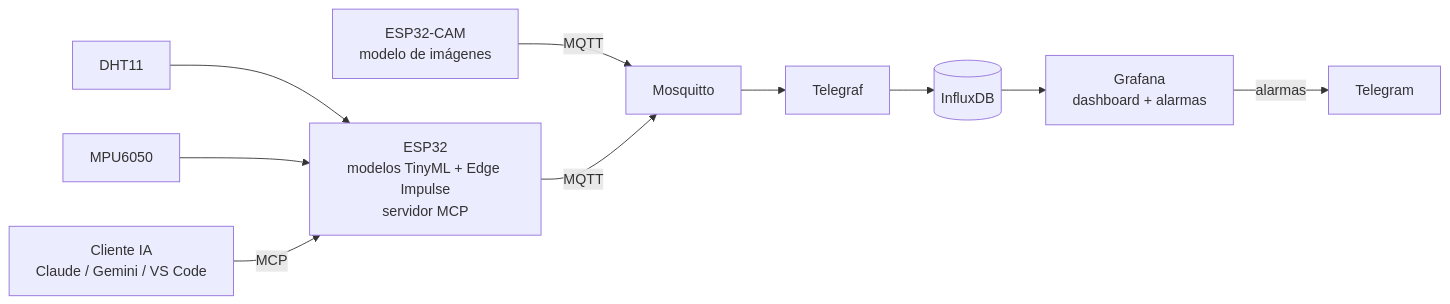
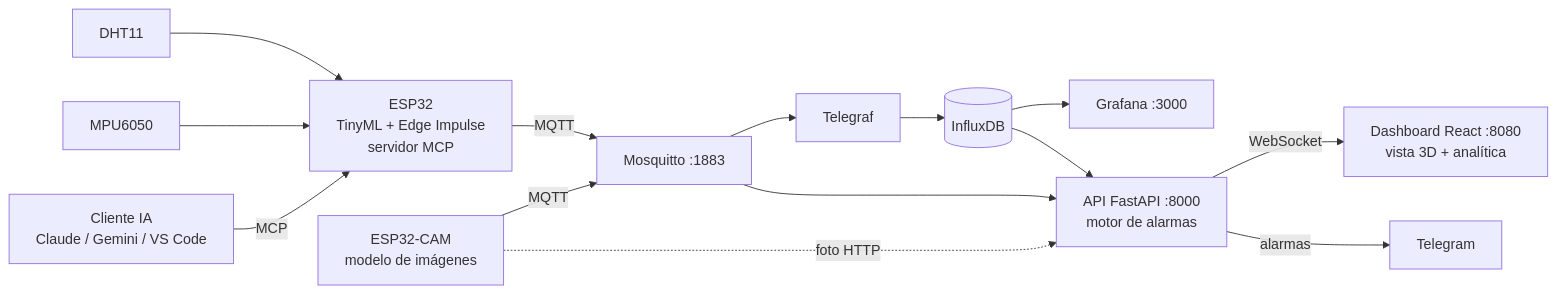
Before and after one commit to MiguelDiuza/ProyectoFinal-IOT: the diagram in README.md, drawn with Mermaid. The commit also changed other lines of this file and 51 other files, not shown here.

First line of the commit message:
Backend IoT, alarmas por Telegram y dashboard con vista 3D y analítica

````diff
--- a/README.md
+++ b/README.md
@@ -21,10 +21,15 @@
 ```mermaid
 flowchart LR
-    DHT[DHT11] --> ESP[ESP32<br/>modelos TinyML + Edge Impulse<br/>servidor MCP]
+    DHT[DHT11] --> ESP[ESP32<br/>TinyML + Edge Impulse<br/>servidor MCP]
     MPU[MPU6050] --> ESP
+    ESP -- MQTT --> BROKER[Mosquitto :1883]
     CAM[ESP32-CAM<br/>modelo de imágenes] -- MQTT --> BROKER
-    ESP -- MQTT --> BROKER[Mosquitto]
-    BROKER --> TEL[Telegraf] --> DB[(InfluxDB)] --> GRAF[Grafana<br/>dashboard + alarmas]
-    GRAF -- alarmas --> TG[Telegram]
+    CAM -. foto HTTP .-> API
+    BROKER --> TEL[Telegraf] --> DB[(InfluxDB)]
+    DB --> GRAF[Grafana :3000]
+    BROKER --> API[API FastAPI :8000<br/>motor de alarmas]
+    DB --> API
+    API -- WebSocket --> DASH[Dashboard React :8080<br/>vista 3D + analítica]
+    API -- alarmas --> TG[Telegram]
     LLM[Cliente IA<br/>Claude / Gemini / VS Code] -- MCP --> ESP
 ```
````
